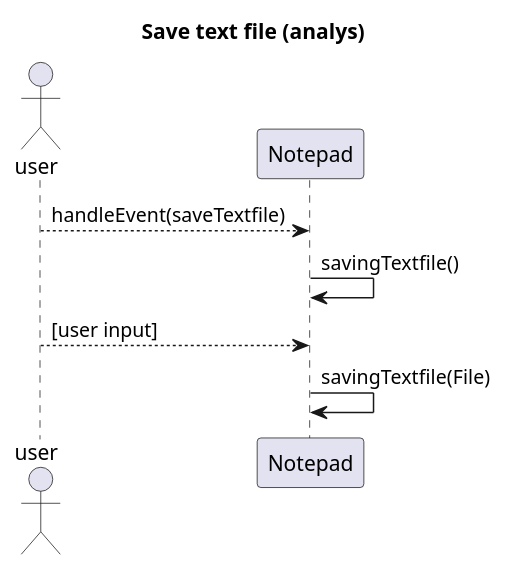
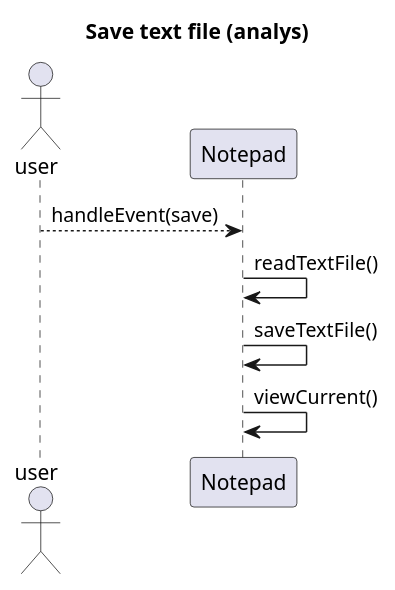
One commit to Oliverpe/ISGC08 changed the diagram in laboration1/sekvense-save-diagram.pu. Above: the diagram before and after it, drawn with PlantUML. The commit also changed 19 other files, not shown here.

```diff
--- a/laboration1/sekvense-save-diagram.pu
+++ b/laboration1/sekvense-save-diagram.pu
@@ -1,15 +1,11 @@
 @startuml
 
 title Save text file (analys)
 
 actor "user" as u
 participant "Notepad" as n
-
-
-u--> n : handleEvent(saveTextfile)
-n -> n: savingTextfile()
-u --> n: [user input]
-n -> n : savingTextfile(File)
-
-
+u --> n : handleEvent(save)
+n -> n : readTextFile()
+n -> n : saveTextFile()
+n -> n : viewCurrent()
 @enduml
```
